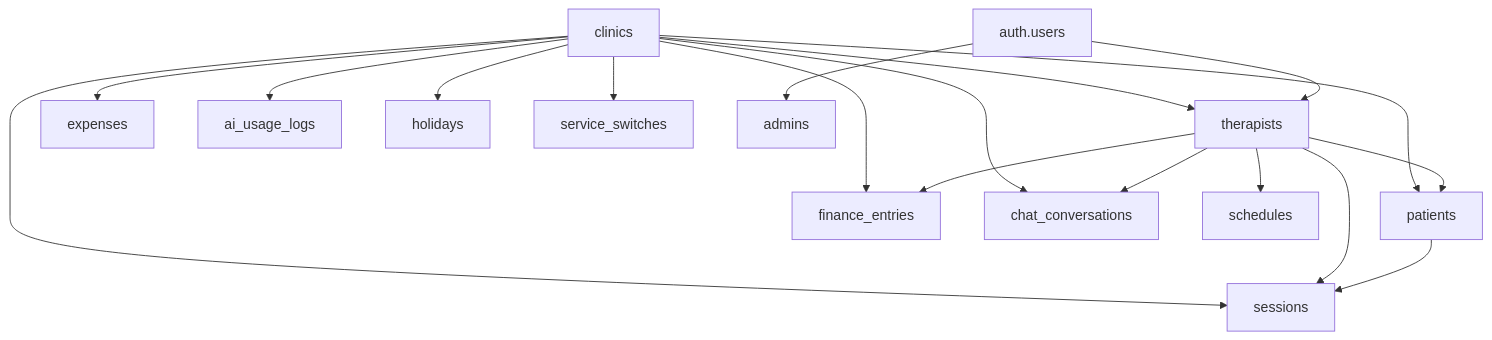
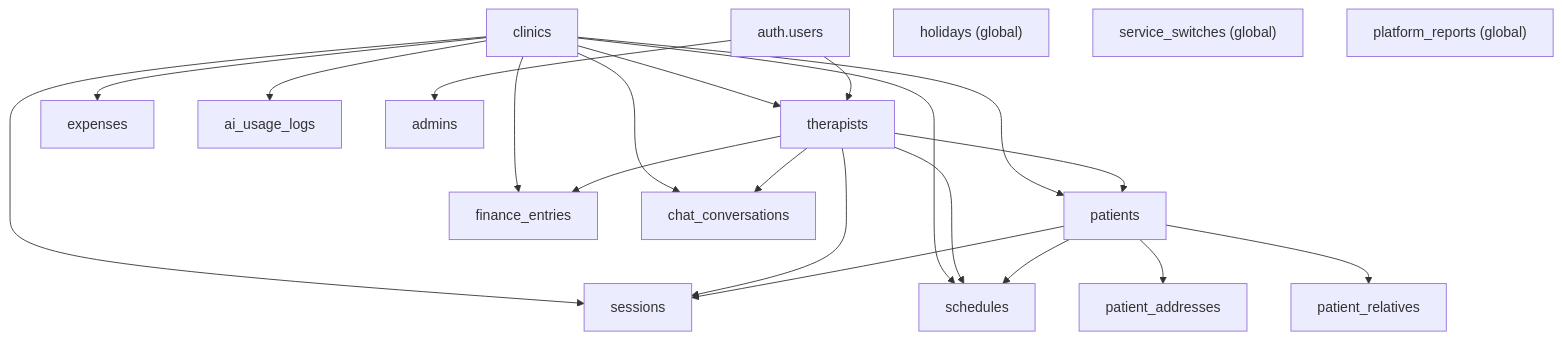
One commit to aquental/PRDs changed the diagram in stealth/claude/psi/MODEL.md. Above: the diagram before and after it, drawn with Mermaid. The commit also changed other lines of this file and 2 other files, not shown here.

````diff
--- a/stealth/claude/psi/MODEL.md
+++ b/stealth/claude/psi/MODEL.md
@@ -23,22 +22,29 @@
 ```mermaid
 graph TD
     A[clinics] --> B[therapists]
     A --> C[patients]
     A --> D[sessions]
     A --> E[expenses]
     A --> F[finance_entries]
     A --> G[chat_conversations]
     A --> H[ai_usage_logs]
-    A --> I[holidays]
-    A --> J[service_switches]
+    A --> I[schedules]
 
     B --> C
     B --> D
-    B --> K[schedules]
+    B --> I
     B --> F
     B --> G
 
     C --> D
+    C --> I
+    C --> PA[patient_addresses]
+    C --> PR[patient_relatives]
+
     auth.users --> B
     auth.users --> admins
+
+    holidays["holidays (global)"]
+    service_switches["service_switches (global)"]
+    platform_reports["platform_reports (global)"]
 ```
````
